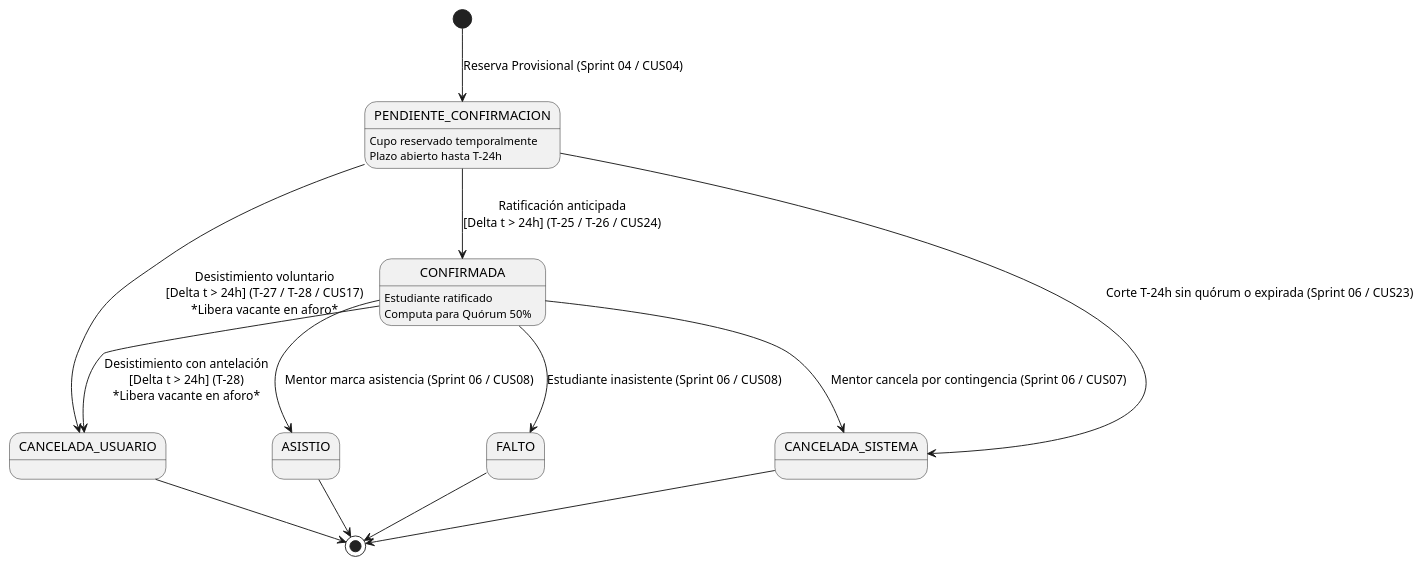
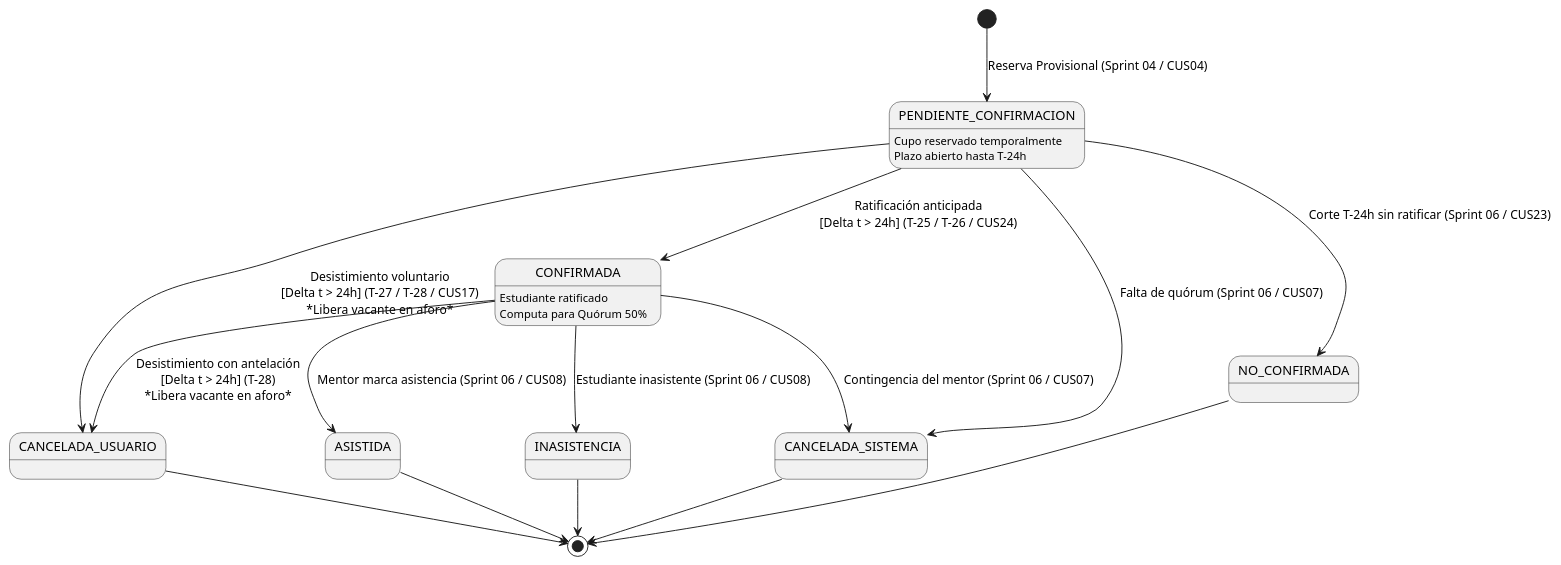
The second of 2 diagrams in docs/diseño/G03_EPIS_Informe_Sprint_05.md (JMedina255/sistema_web_p2p), drawn with PlantUML before and after one commit. The commit also changed other lines of this file and 7 other files, not shown here.

````diff
--- a/docs/diseño/G03_EPIS_Informe_Sprint_05.md
+++ b/docs/diseño/G03_EPIS_Informe_Sprint_05.md
@@ -291,35 +291,37 @@
 ```plantuml
 @startuml
 skinparam handwritten false
 skinparam monochrome true
 skinparam packageStyle rect
 skinparam defaultFontName Arial
 
 [*] --> PENDIENTE_CONFIRMACION : Reserva Provisional (Sprint 04 / CUS04)
 
 state PENDIENTE_CONFIRMACION {
     PENDIENTE_CONFIRMACION : Cupo reservado temporalmente
     PENDIENTE_CONFIRMACION : Plazo abierto hasta T-24h
 }
 
 PENDIENTE_CONFIRMACION --> CONFIRMADA : Ratificación anticipada\n[Delta t > 24h] (T-25 / T-26 / CUS24)
 PENDIENTE_CONFIRMACION --> CANCELADA_USUARIO : Desistimiento voluntario\n[Delta t > 24h] (T-27 / T-28 / CUS17)\n*Libera vacante en aforo*
 
 state CONFIRMADA {
     CONFIRMADA : Estudiante ratificado
     CONFIRMADA : Computa para Quórum 50%
 }
 
 CONFIRMADA --> CANCELADA_USUARIO : Desistimiento con antelación\n[Delta t > 24h] (T-28)\n*Libera vacante en aforo*
-CONFIRMADA --> ASISTIO : Mentor marca asistencia (Sprint 06 / CUS08)
-CONFIRMADA --> FALTO : Estudiante inasistente (Sprint 06 / CUS08)
+CONFIRMADA --> ASISTIDA : Mentor marca asistencia (Sprint 06 / CUS08)
+CONFIRMADA --> INASISTENCIA : Estudiante inasistente (Sprint 06 / CUS08)
 
-PENDIENTE_CONFIRMACION --> CANCELADA_SISTEMA : Corte T-24h sin quórum o expirada (Sprint 06 / CUS23)
-CONFIRMADA --> CANCELADA_SISTEMA : Mentor cancela por contingencia (Sprint 06 / CUS07)
+PENDIENTE_CONFIRMACION --> NO_CONFIRMADA : Corte T-24h sin ratificar (Sprint 06 / CUS23)
+PENDIENTE_CONFIRMACION --> CANCELADA_SISTEMA : Falta de quórum (Sprint 06 / CUS07)
+CONFIRMADA --> CANCELADA_SISTEMA : Contingencia del mentor (Sprint 06 / CUS07)
 
 CANCELADA_USUARIO --> [*]
 CANCELADA_SISTEMA --> [*]
-ASISTIO --> [*]
-FALTO --> [*]
+NO_CONFIRMADA --> [*]
+ASISTIDA --> [*]
+INASISTENCIA --> [*]
 @enduml
 ```
````
